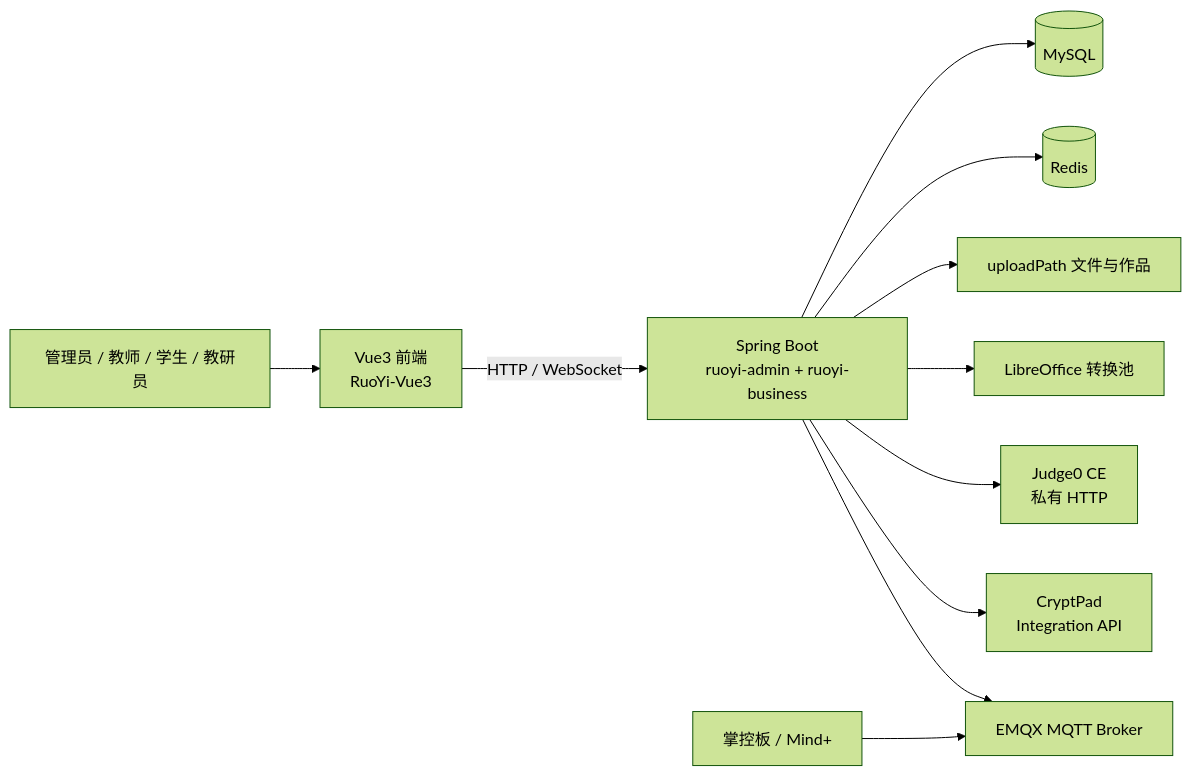
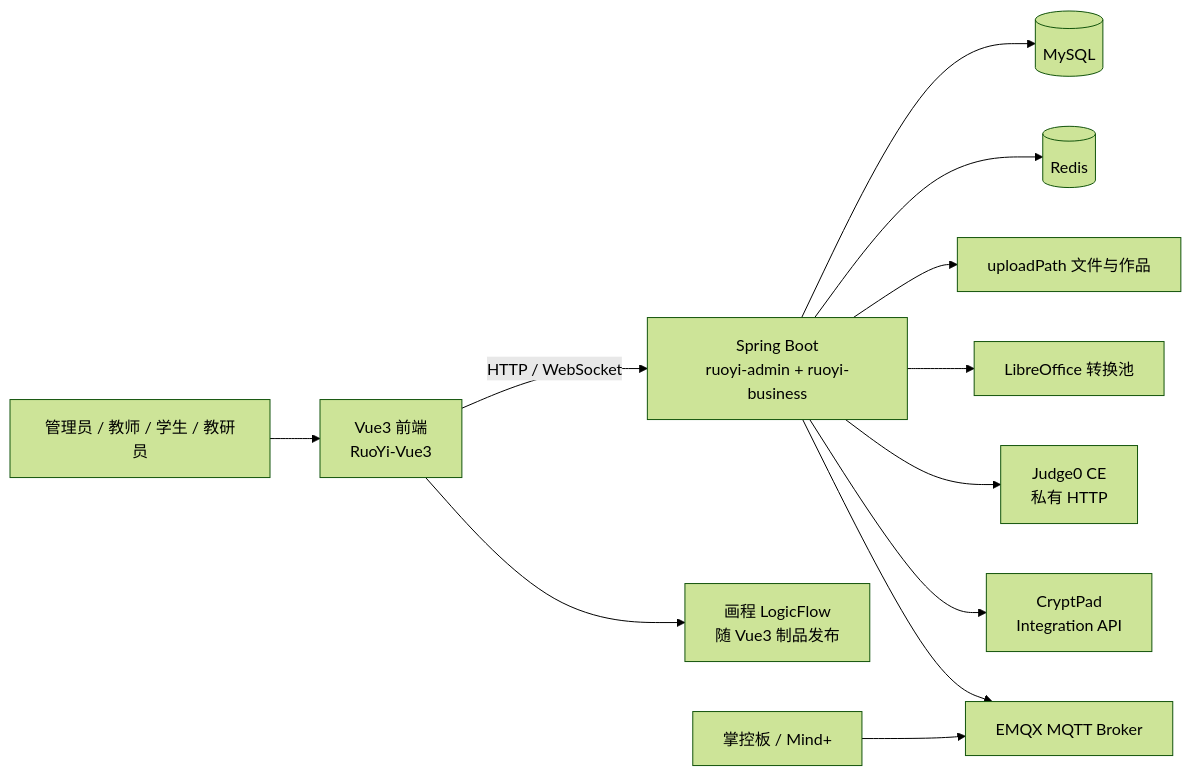
Before and after one commit to ErnestWantHappy/newdazi: the first of 2 diagrams in docs/architecture/SYSTEM_ARCHITECTURE.md, drawn with Mermaid (forest theme). The commit also changed other lines of this file and 164 other files, not shown here.

````diff
--- a/docs/architecture/SYSTEM_ARCHITECTURE.md
+++ b/docs/architecture/SYSTEM_ARCHITECTURE.md
@@ -5,13 +5,14 @@
 ```mermaid
 flowchart LR
     U[管理员 / 教师 / 学生 / 教研员] --> FE[Vue3 前端\nRuoYi-Vue3]
     FE -->|HTTP / WebSocket| API[Spring Boot\nruoyi-admin + ruoyi-business]
+    FE --> LF[画程 LogicFlow\n随 Vue3 制品发布]
     API --> DB[(MySQL)]
     API --> REDIS[(Redis)]
     API --> FILES[uploadPath 文件与作品]
     API --> LO[LibreOffice 转换池]
     API --> J0[Judge0 CE\n私有 HTTP]
     API --> CP[CryptPad\nIntegration API]
     API --> MQ[EMQX MQTT Broker]
     DEV[掌控板 / Mind+] --> MQ
 ```
````
